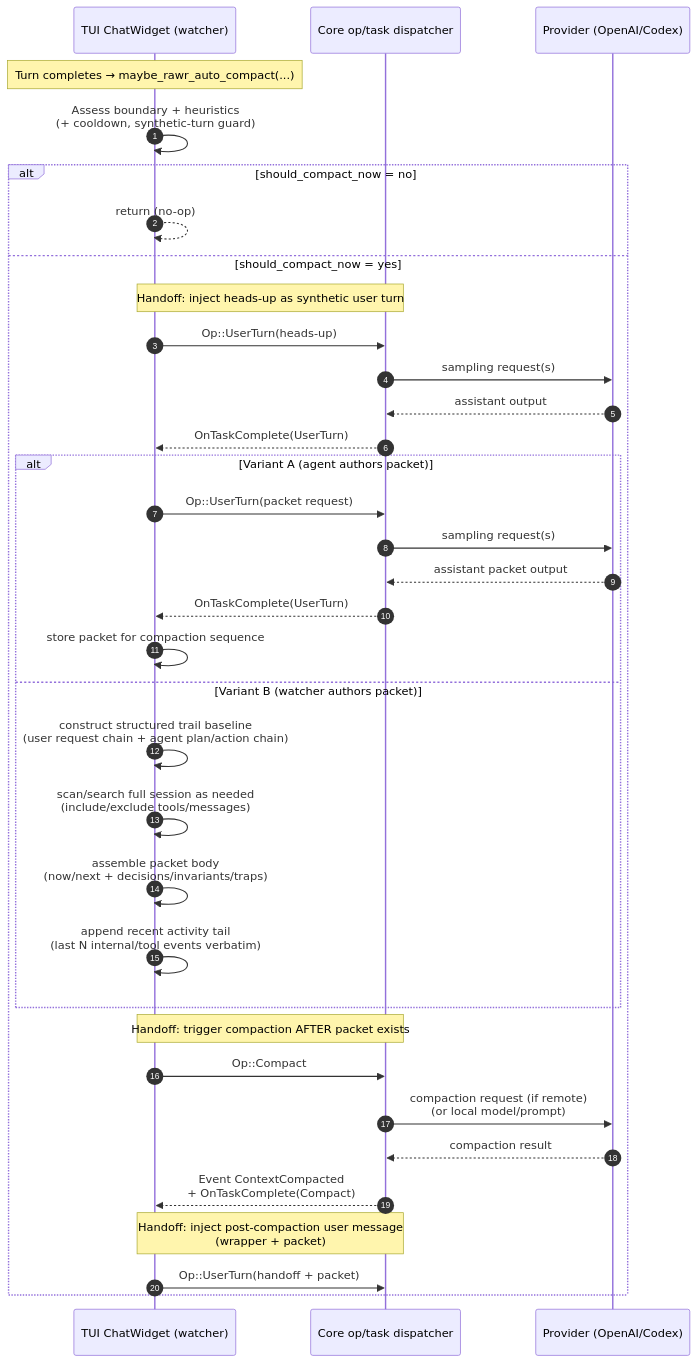
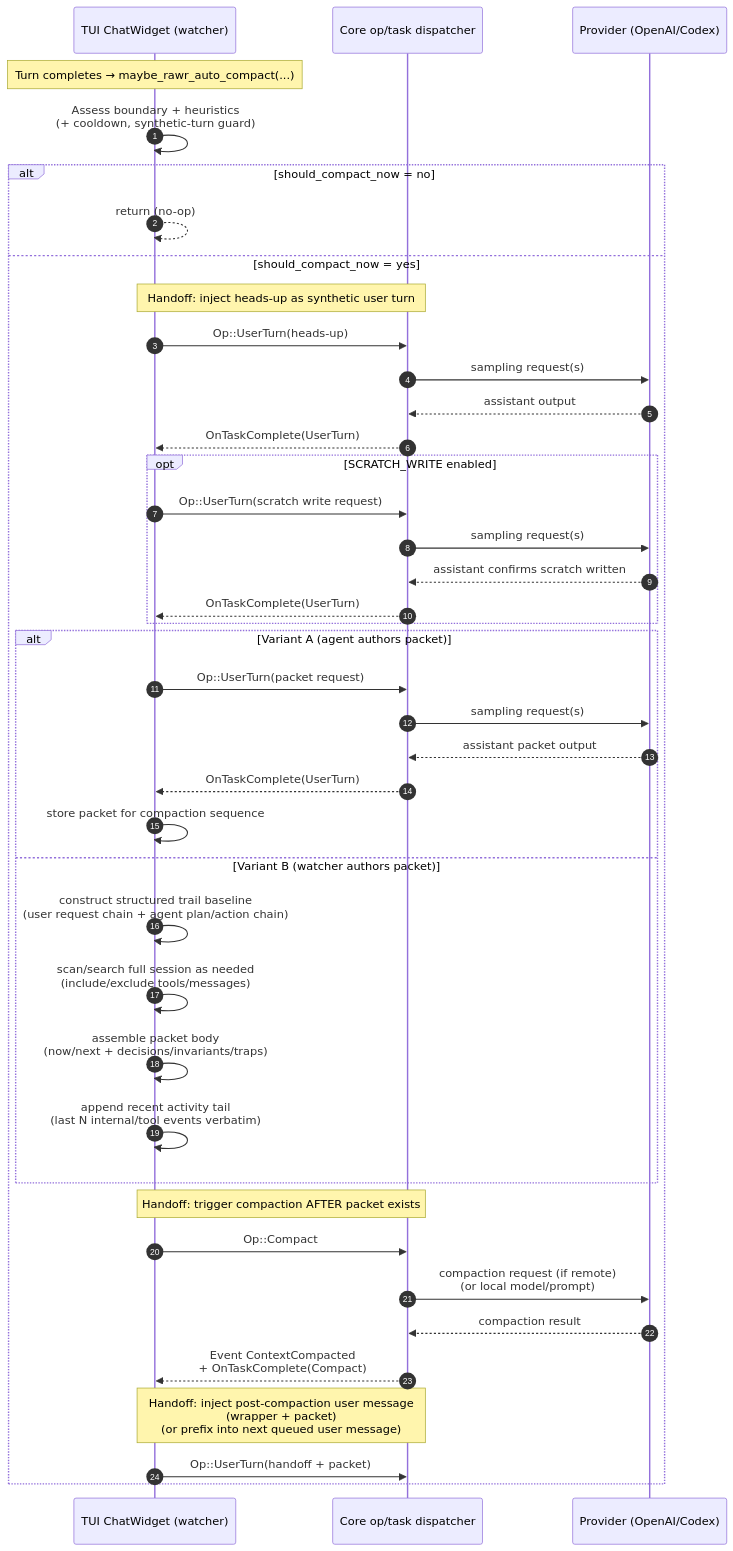
The third of 3 diagrams in rawr/issues/SPEC-rawr-auto-compaction-golden-path-ux.md (rawr-ai/codex), drawn with Mermaid before and after one commit. The commit also changed other lines of this file and 6 other files, not shown here.

Commit message:
feat(rawr): add scratch pre-compact request

````diff
--- a/rawr/issues/SPEC-rawr-auto-compaction-golden-path-ux.md
+++ b/rawr/issues/SPEC-rawr-auto-compaction-golden-path-ux.md
@@ -306,42 +344,49 @@
 ```mermaid
 sequenceDiagram
   autonumber
   participant UI as TUI ChatWidget (watcher)
   participant Core as Core op/task dispatcher
   participant Prov as Provider (OpenAI/Codex)
 
   Note over UI: Turn completes → maybe_rawr_auto_compact(...)
   UI->>UI: Assess boundary + heuristics<br/>(+ cooldown, synthetic-turn guard)
 
   alt should_compact_now = no
     UI-->>UI: return (no-op)
   else should_compact_now = yes
     Note over UI,Core: Handoff: inject heads-up as synthetic user turn
     UI->>Core: Op::UserTurn(heads-up)
     Core->>Prov: sampling request(s)
     Prov-->>Core: assistant output
     Core-->>UI: OnTaskComplete(UserTurn)
+
+    opt SCRATCH_WRITE enabled
+      UI->>Core: Op::UserTurn(scratch write request)
+      Core->>Prov: sampling request(s)
+      Prov-->>Core: assistant confirms scratch written
+      Core-->>UI: OnTaskComplete(UserTurn)
+    end
 
     alt Variant A (agent authors packet)
       UI->>Core: Op::UserTurn(packet request)
       Core->>Prov: sampling request(s)
       Prov-->>Core: assistant packet output
       Core-->>UI: OnTaskComplete(UserTurn)
       UI->>UI: store packet for compaction sequence
     else Variant B (watcher authors packet)
       UI->>UI: construct structured trail baseline<br/>(user request chain + agent plan/action chain)
       UI->>UI: scan/search full session as needed<br/>(include/exclude tools/messages)
       UI->>UI: assemble packet body<br/>(now/next + decisions/invariants/traps)
       UI->>UI: append recent activity tail<br/>(last N internal/tool events verbatim)
     end
 
     Note over UI,Core: Handoff: trigger compaction AFTER packet exists
     UI->>Core: Op::Compact
     Core->>Prov: compaction request (if remote)<br/>(or local model/prompt)
     Prov-->>Core: compaction result
     Core-->>UI: Event ContextCompacted<br/>+ OnTaskComplete(Compact)
 
-    Note over UI,Core: Handoff: inject post-compaction user message<br/>(wrapper + packet)
+    Note over UI,Core: Handoff: inject post-compaction user message<br/>(wrapper + packet)<br/>(or prefix into next queued user message)
     UI->>Core: Op::UserTurn(handoff + packet)
   end
 ```
````
